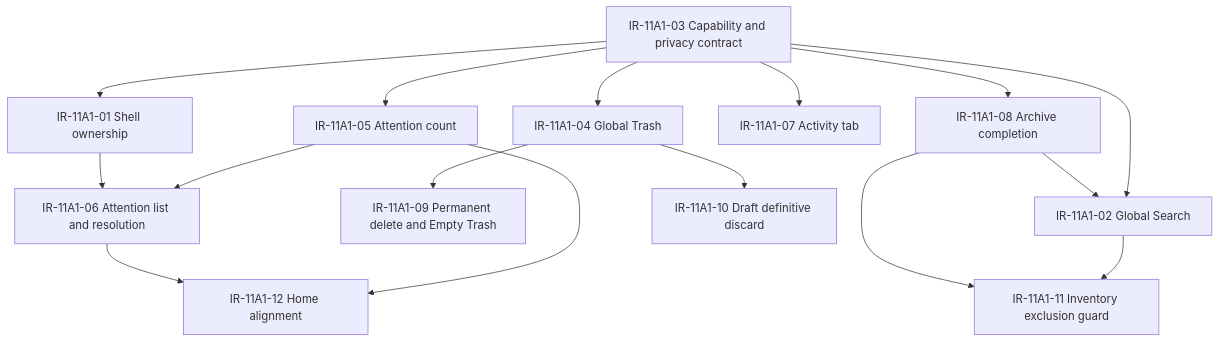
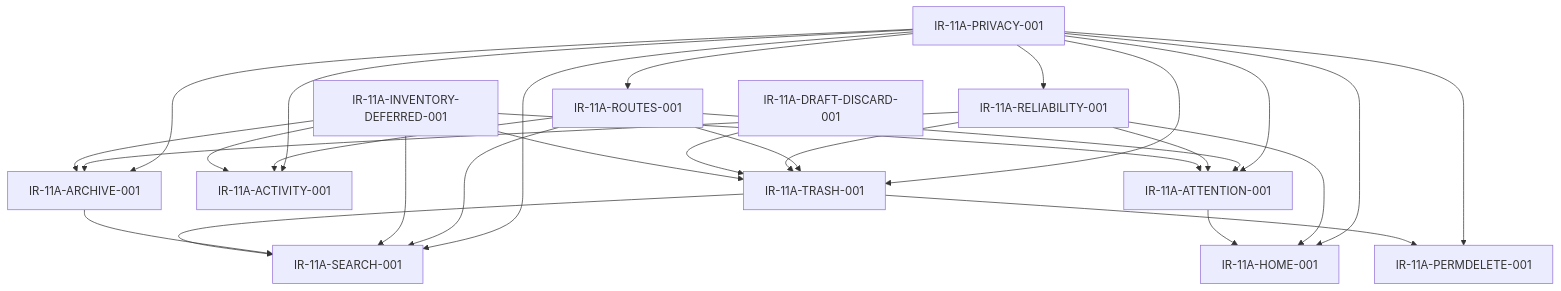
Before and after one commit to xeyroxpagode/Family-Hub-Own: the diagram in docs/implementation/planner/M11_11A_1_GLOBAL_SURFACES_TECHNICAL_READINESS_AUDIT.md, drawn with Mermaid. The commit also changed other lines of this file, not shown here.

Commit message:
docs(planner): correct global surfaces readiness audit

````diff
--- a/docs/implementation/planner/M11_11A_1_GLOBAL_SURFACES_TECHNICAL_READINESS_AUDIT.md
+++ b/docs/implementation/planner/M11_11A_1_GLOBAL_SURFACES_TECHNICAL_READINESS_AUDIT.md
@@ -1100,18 +1266,44 @@
 ```mermaid
 flowchart TD
-  A["IR-11A1-03 Capability and privacy contract"] --> B["IR-11A1-01 Shell ownership"]
-  A --> C["IR-11A1-02 Global Search"]
-  A --> D["IR-11A1-04 Global Trash"]
-  A --> E["IR-11A1-05 Attention count"]
-  A --> F["IR-11A1-07 Activity tab"]
-  A --> G["IR-11A1-08 Archive completion"]
-  D --> H["IR-11A1-09 Permanent delete and Empty Trash"]
-  E --> I["IR-11A1-06 Attention list and resolution"]
-  B --> I
-  G --> C
-  C --> J["IR-11A1-11 Inventory exclusion guard"]
-  G --> J
-  E --> K["IR-11A1-12 Home alignment"]
-  I --> K
-  D --> L["IR-11A1-10 Draft definitive discard"]
+  PRIV["IR-11A-PRIVACY-001"]
+  ROUTES["IR-11A-ROUTES-001"]
+  REL["IR-11A-RELIABILITY-001"]
+  DRAFT["IR-11A-DRAFT-DISCARD-001"]
+  INV["IR-11A-INVENTORY-DEFERRED-001"]
+  SEARCH["IR-11A-SEARCH-001"]
+  ATT["IR-11A-ATTENTION-001"]
+  ACT["IR-11A-ACTIVITY-001"]
+  ARCH["IR-11A-ARCHIVE-001"]
+  TRASH["IR-11A-TRASH-001"]
+  PERM["IR-11A-PERMDELETE-001"]
+  HOME["IR-11A-HOME-001"]
+
+  PRIV --> ROUTES
+  PRIV --> REL
+  PRIV --> SEARCH
+  PRIV --> ATT
+  PRIV --> ACT
+  PRIV --> ARCH
+  PRIV --> TRASH
+  PRIV --> PERM
+  PRIV --> HOME
+
+  ROUTES --> SEARCH
+  ROUTES --> ATT
+  ROUTES --> ACT
+  ROUTES --> TRASH
+  REL --> ATT
+  REL --> ARCH
+  REL --> TRASH
+  REL --> HOME
+  DRAFT --> TRASH
+  INV --> SEARCH
+  INV --> ATT
+  INV --> ACT
+  INV --> ARCH
+  INV --> TRASH
+  ARCH --> SEARCH
+  TRASH --> SEARCH
+  TRASH --> PERM
+  ATT --> HOME
 ```
````
